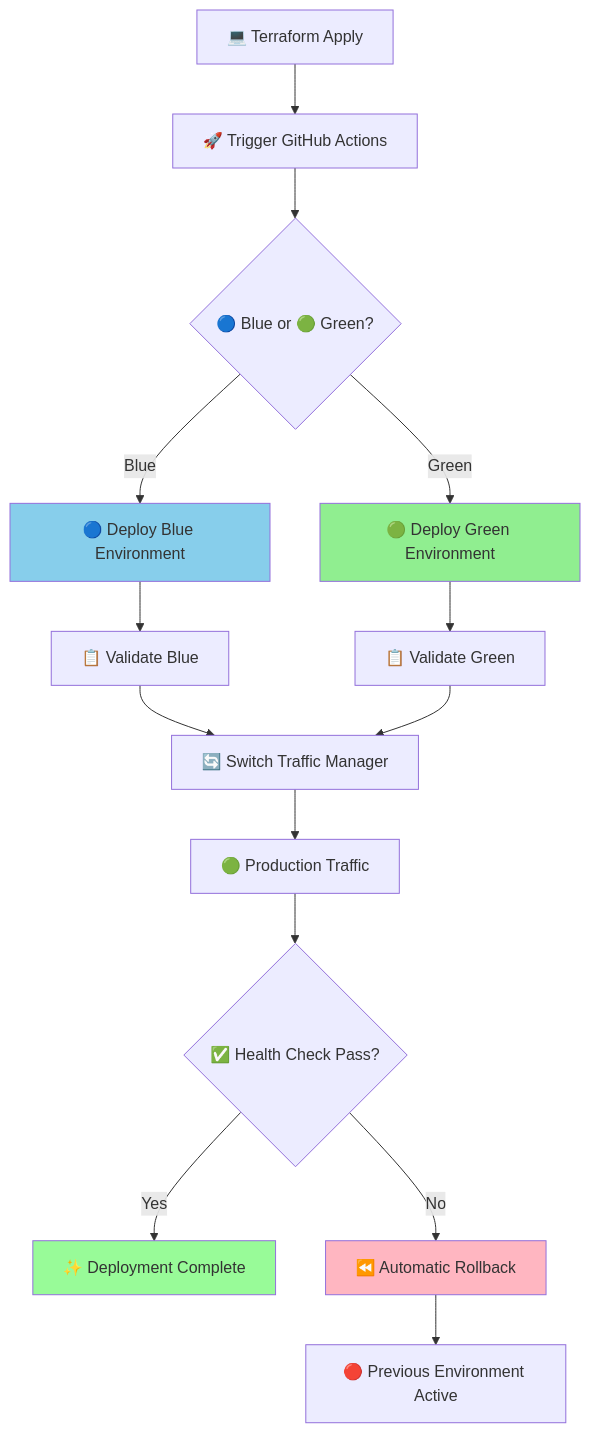
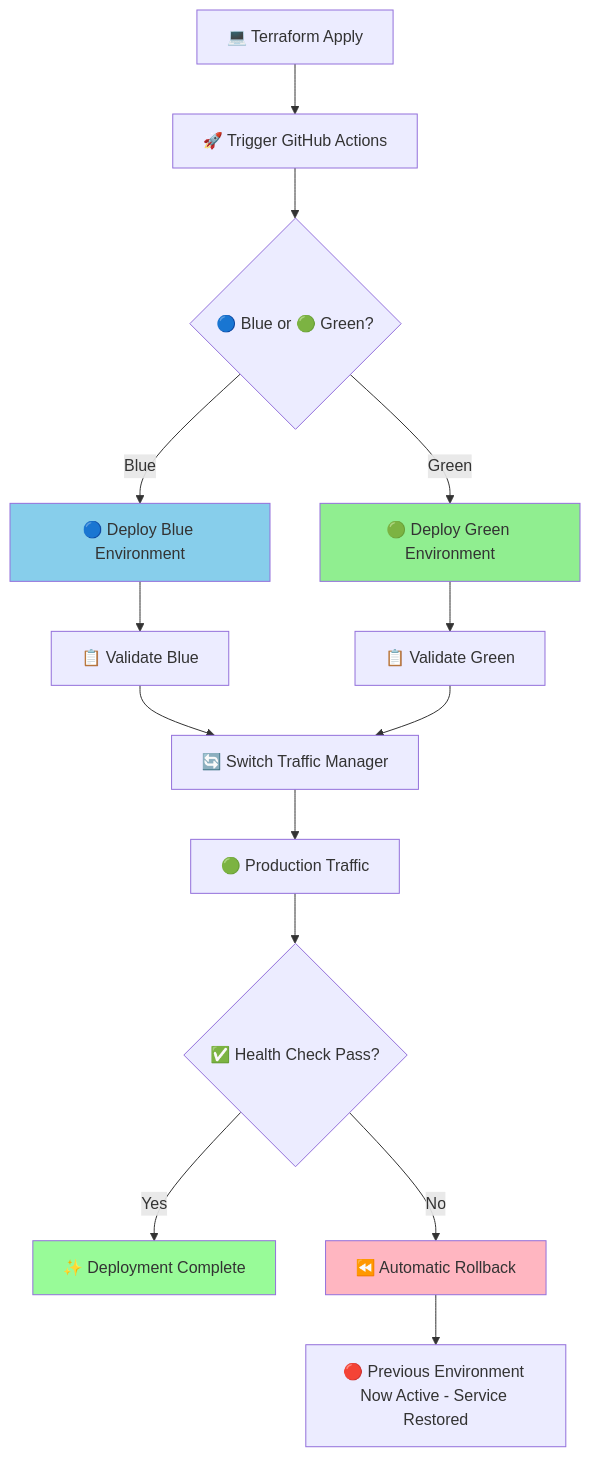
One commit to bshongwe/sql-data-analytics-project changed the first of 2 diagrams in README-DevOps.md. Above: the diagram before and after it, drawn with Mermaid.

Commit message:
Increased with -- 10-08-2025 -- 12:56 SAST

````diff
--- a/README-DevOps.md
+++ b/README-DevOps.md
@@ -73,27 +73,27 @@
 ```mermaid
 flowchart TD
     A[💻 Terraform Apply] --> B[🚀 Trigger GitHub Actions]
     B --> C{🔵 Blue or 🟢 Green?}
     
     C -->|Blue| D1[🔵 Deploy Blue Environment]
     C -->|Green| D2[🟢 Deploy Green Environment]
     
     D1 --> E1[📋 Validate Blue]
     D2 --> E2[📋 Validate Green]
     
     E1 --> F[🔄 Switch Traffic Manager]
     E2 --> F
     
     F --> G[🟢 Production Traffic]
     
     G --> H{✅ Health Check Pass?}
     H -->|Yes| I[✨ Deployment Complete]
     H -->|No| J[⏪ Automatic Rollback]
     
-    J --> K[🔴 Previous Environment Active]
+    J --> K[🔴 Previous Environment Now Active - Service Restored]
     
     style D1 fill:#87CEEB
     style D2 fill:#90EE90
     style I fill:#98FB98
     style J fill:#FFB6C1
 ```
````
